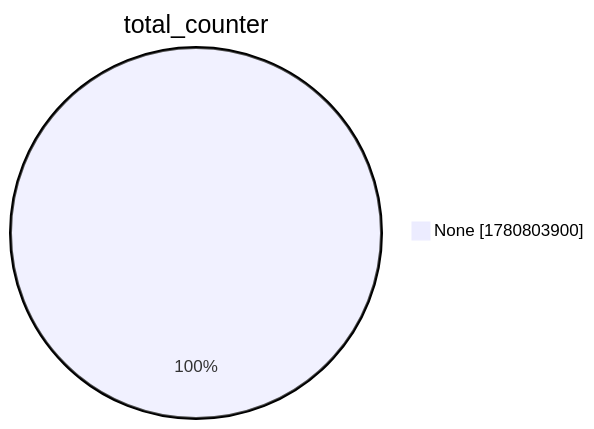
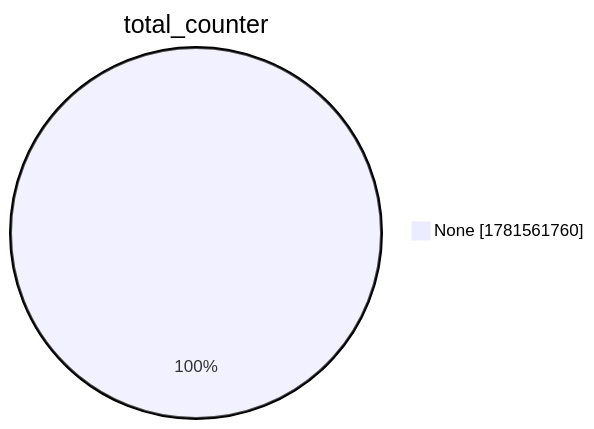
Before and after one commit to christiankrug/ctmonitor_visualization: the second of 15 diagrams in xenon2022/README.md, drawn with Mermaid. The commit also changed other lines of this file, not shown here.

````diff
--- a/xenon2022/README.md
+++ b/xenon2022/README.md
@@ -9,5 +9,5 @@
 ```mermaid
 pie showData
 title total_counter
-"None" :1780803900
+"None" :1781561760
 ```
````
